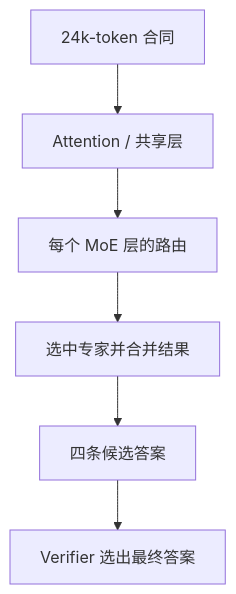
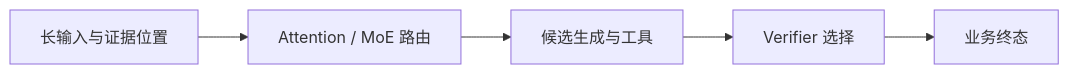
Before and after one commit to NightLemon/about-llm: the diagram in docs/frontier/reasoning-long-context-moe.md, drawn with Mermaid. The commit also changed other lines of this file and 1 other file, not shown here.

```diff
--- a/docs/frontier/reasoning-long-context-moe.md
+++ b/docs/frontier/reasoning-long-context-moe.md
@@ -93,8 +93,7 @@
 ~~~mermaid
-flowchart TB
-    A["24k-token 合同"] --> B["Attention / 共享层"]
-    B --> C["每个 MoE 层的路由"]
-    C --> D["选中专家并合并结果"]
-    D --> E["四条候选答案"]
-    E --> F["Verifier 选出最终答案"]
+flowchart LR
+    A["长输入与证据位置"] --> B["Attention / MoE 路由"]
+    B --> C["候选生成与工具"]
+    C --> D["Verifier 选择"]
+    D --> E["业务终态"]
 ~~~
```
